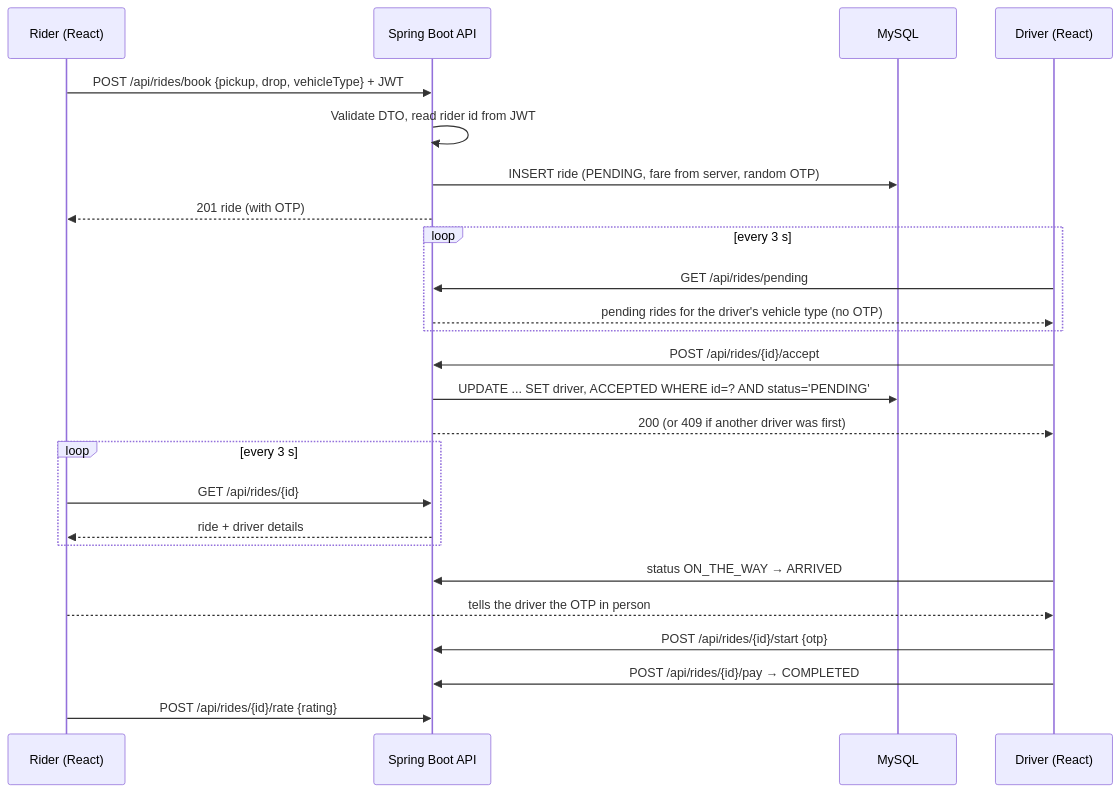
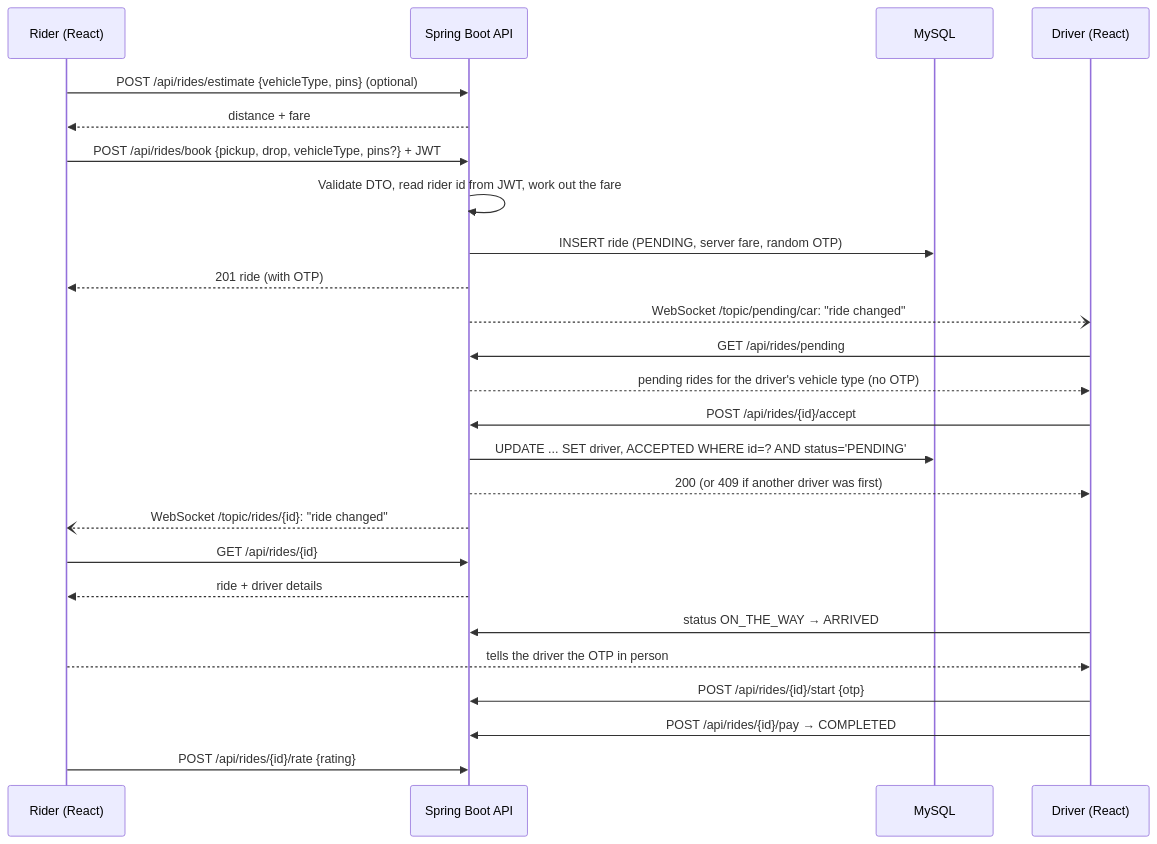
One commit to chatura-bhavishya/QuickCab changed the second of 6 diagrams in ARCHITECTURE.md. Above: the diagram before and after it, drawn with Mermaid. The commit also changed other lines of this file and 4 other files, not shown here.

````diff
--- a/ARCHITECTURE.md
+++ b/ARCHITECTURE.md
@@ -37,28 +42,28 @@
 ```mermaid
 sequenceDiagram
     participant R as Rider (React)
     participant API as Spring Boot API
     participant DB as MySQL
     participant D as Driver (React)
 
-    R->>API: POST /api/rides/book {pickup, drop, vehicleType} + JWT
-    API->>API: Validate DTO, read rider id from JWT
-    API->>DB: INSERT ride (PENDING, fare from server, random OTP)
+    R->>API: POST /api/rides/estimate {vehicleType, pins} (optional)
+    API-->>R: distance + fare
+    R->>API: POST /api/rides/book {pickup, drop, vehicleType, pins?} + JWT
+    API->>API: Validate DTO, read rider id from JWT, work out the fare
+    API->>DB: INSERT ride (PENDING, server fare, random OTP)
     API-->>R: 201 ride (with OTP)
-    loop every 3 s
-        D->>API: GET /api/rides/pending
-        API-->>D: pending rides for the driver's vehicle type (no OTP)
-    end
+    API--)D: WebSocket /topic/pending/car: "ride changed"
+    D->>API: GET /api/rides/pending
+    API-->>D: pending rides for the driver's vehicle type (no OTP)
     D->>API: POST /api/rides/{id}/accept
     API->>DB: UPDATE ... SET driver, ACCEPTED WHERE id=? AND status='PENDING'
     API-->>D: 200 (or 409 if another driver was first)
-    loop every 3 s
-        R->>API: GET /api/rides/{id}
-        API-->>R: ride + driver details
-    end
+    API--)R: WebSocket /topic/rides/{id}: "ride changed"
+    R->>API: GET /api/rides/{id}
+    API-->>R: ride + driver details
     D->>API: status ON_THE_WAY → ARRIVED
     R-->>D: tells the driver the OTP in person
     D->>API: POST /api/rides/{id}/start {otp}
     D->>API: POST /api/rides/{id}/pay  → COMPLETED
     R->>API: POST /api/rides/{id}/rate {rating}
 ```
````
